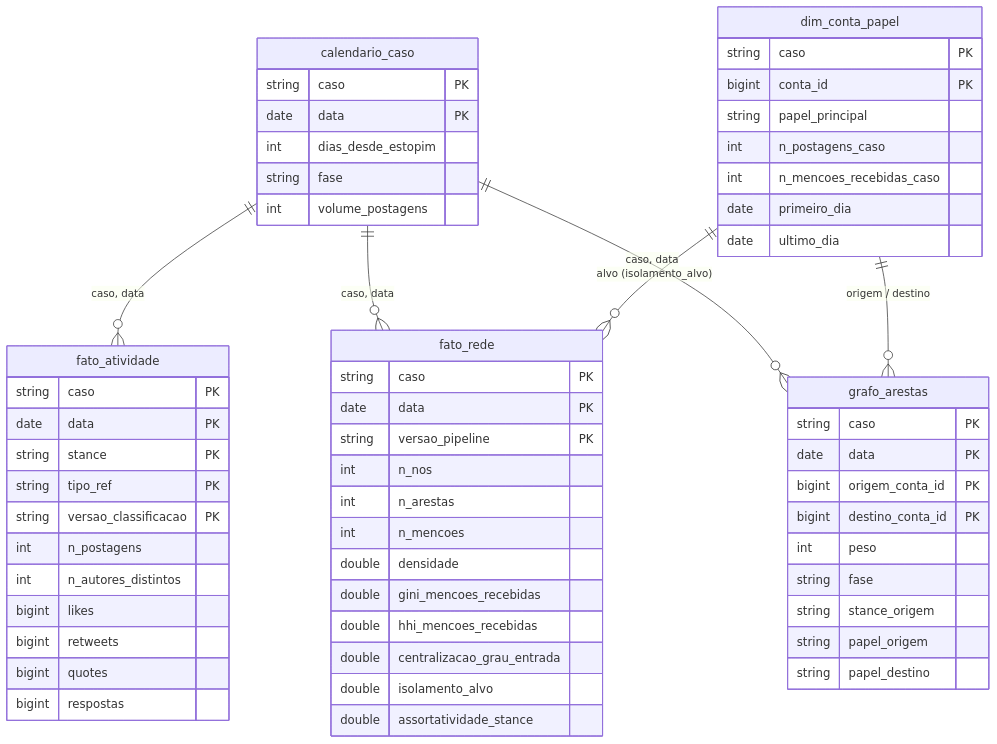
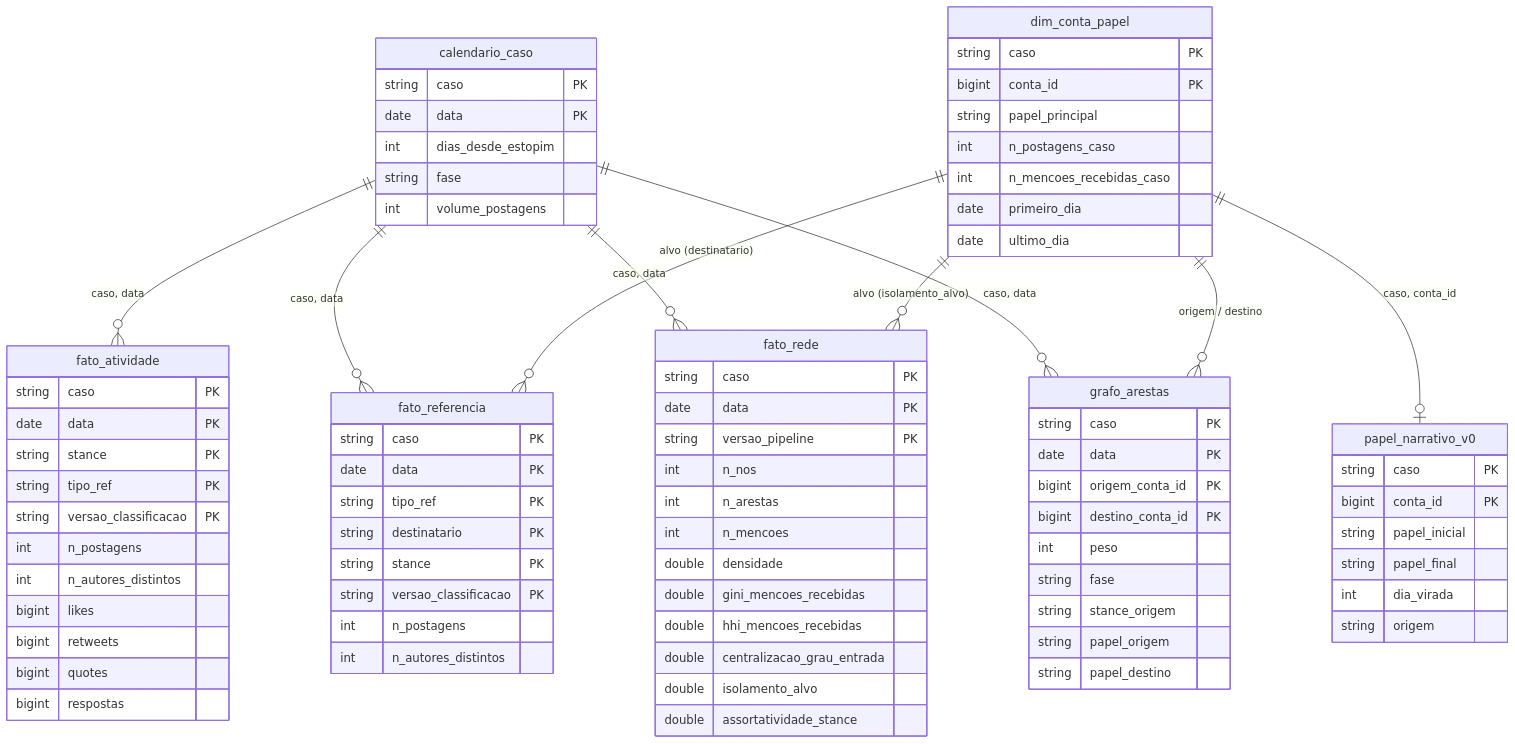
Before and after one commit to carlospaes120/scapegoat_pipeline: the first of 2 diagrams in catalog/catalogo_de_dados.md, drawn with Mermaid. The commit also changed other lines of this file and 3 other files, not shown here.

````diff
--- a/catalog/catalogo_de_dados.md
+++ b/catalog/catalogo_de_dados.md
@@ -24,6 +26,14 @@
         date primeiro_dia
         date ultimo_dia
     }
+    papel_narrativo_v0 {
+        string caso PK
+        bigint conta_id PK
+        string papel_inicial
+        string papel_final
+        int dia_virada
+        string origem
+    }
     fato_atividade {
         string caso PK
         date data PK
@@ -36,6 +46,16 @@
         bigint retweets
         bigint quotes
         bigint respostas
+    }
+    fato_referencia {
+        string caso PK
+        date data PK
+        string tipo_ref PK
+        string destinatario PK
+        string stance PK
+        string versao_classificacao PK
+        int n_postagens
+        int n_autores_distintos
     }
     fato_rede {
         string caso PK
@@ -63,8 +83,11 @@
         string papel_destino
     }
     calendario_caso ||--o{ fato_atividade : "caso, data"
+    calendario_caso ||--o{ fato_referencia : "caso, data"
     calendario_caso ||--o{ fato_rede : "caso, data"
     calendario_caso ||--o{ grafo_arestas : "caso, data"
     dim_conta_papel ||--o{ fato_rede : "alvo (isolamento_alvo)"
+    dim_conta_papel ||--o{ fato_referencia : "alvo (destinatario)"
     dim_conta_papel ||--o{ grafo_arestas : "origem / destino"
+    dim_conta_papel ||--o| papel_narrativo_v0 : "caso, conta_id"
 ```
````
